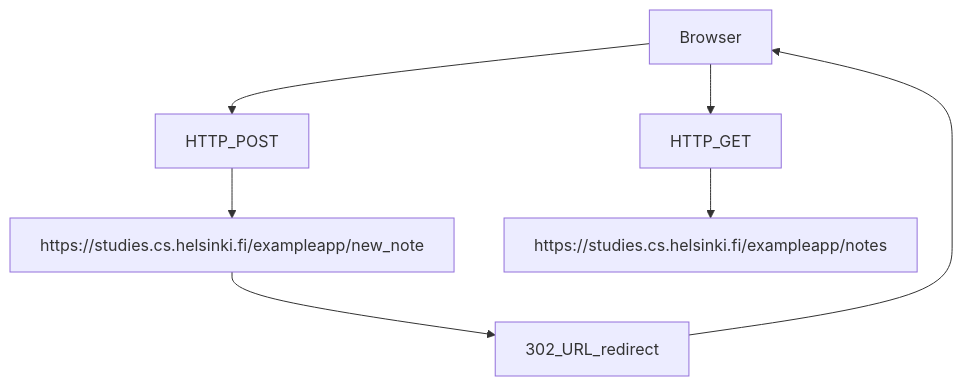
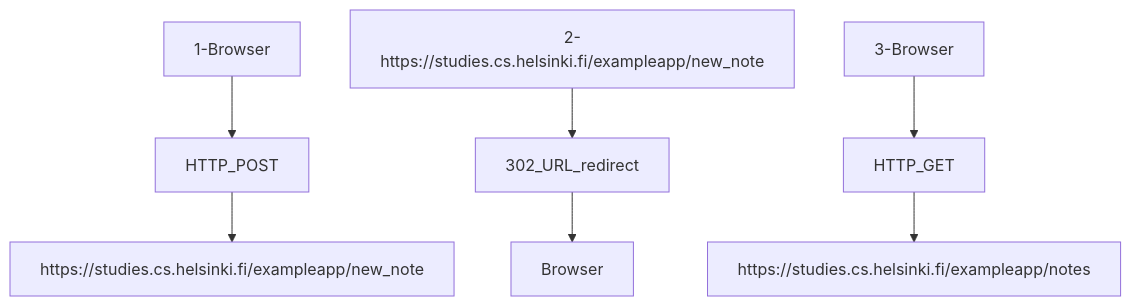
The diagram in Part0/0.4 - New note diagram/readme.md (TomppeliG6-8/fullstack), drawn with Mermaid before and after one commit.

````diff
--- a/Part0/0.4 - New note diagram/readme.md
+++ b/Part0/0.4 - New note diagram/readme.md
@@ -1,6 +1,6 @@
 ```mermaid
 graph TD;
-    Browser-->HTTP_POST-->https://studies.cs.helsinki.fi/exampleapp/new_note;
-    https://studies.cs.helsinki.fi/exampleapp/new_note-->302_URL_redirect-->Browser;
-    Browser-->HTTP_GET-->https://studies.cs.helsinki.fi/exampleapp/notes;
+    1-Browser-->HTTP_POST-->https://studies.cs.helsinki.fi/exampleapp/new_note;
+    2-https://studies.cs.helsinki.fi/exampleapp/new_note-->302_URL_redirect-->Browser;
+    3-Browser-->HTTP_GET-->https://studies.cs.helsinki.fi/exampleapp/notes;
 ```
````
